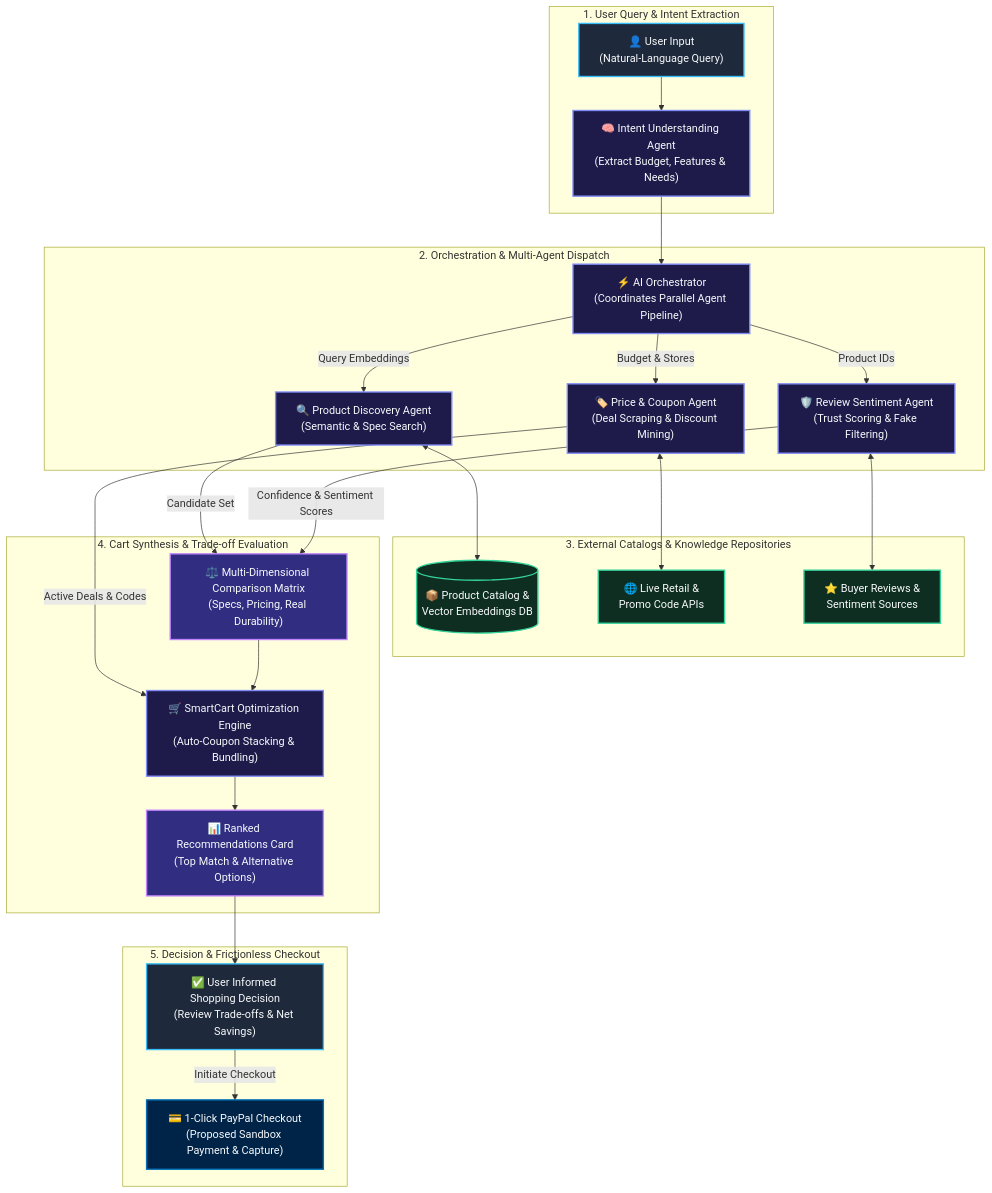
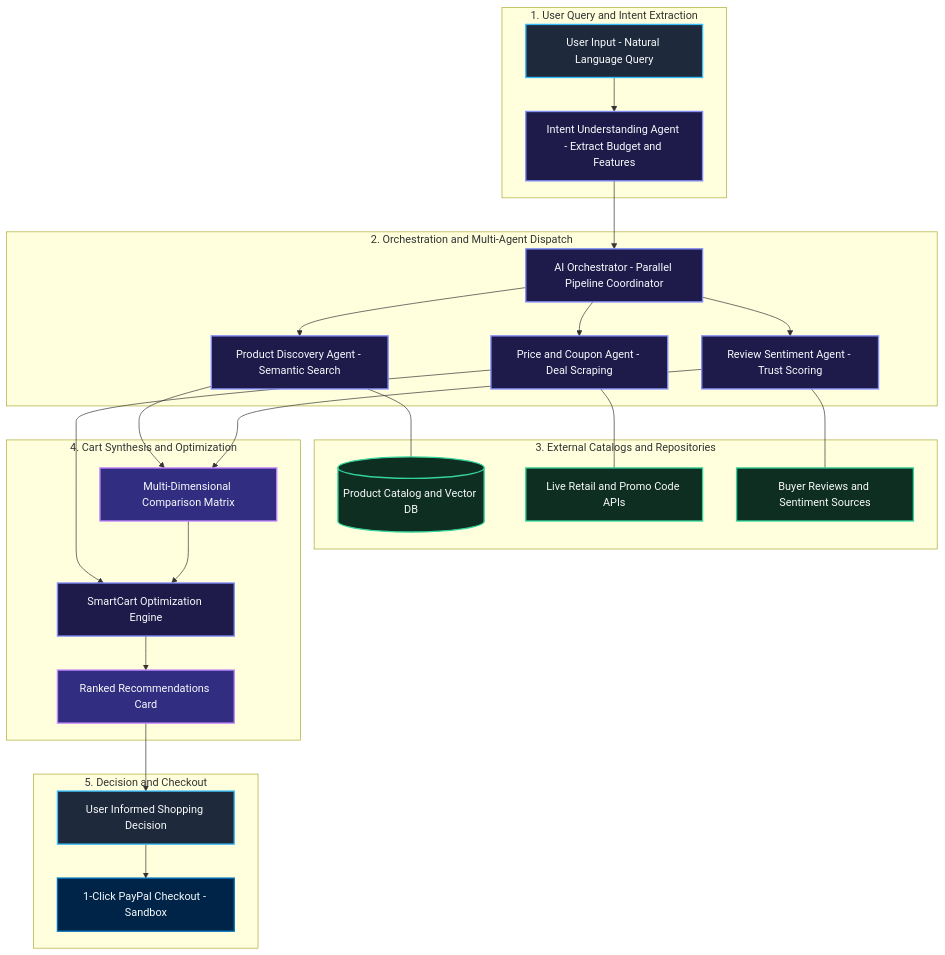
One commit to varshahikity/paypal-ai-hackathon changed the first of 3 diagrams in README.md. Above: the diagram before and after it, drawn with Mermaid. The commit also changed other lines of this file, not shown here.

Commit message:
Fix Mermaid diagram syntax for GitHub strict parser compatibility

````diff
--- a/README.md
+++ b/README.md
@@ -94,56 +94,56 @@
 ```mermaid
 flowchart TD
-    classDef userStyle fill:#1e293b,stroke:#38bdf8,stroke-width:2px,color:#f8fafc;
-    classDef agentStyle fill:#1e1b4b,stroke:#818cf8,stroke-width:2px,color:#f8fafc;
-    classDef externalStyle fill:#0f2e22,stroke:#34d399,stroke-width:2px,color:#f8fafc;
-    classDef decisionStyle fill:#312e81,stroke:#c084fc,stroke-width:2px,color:#f8fafc;
-    classDef paypalStyle fill:#002447,stroke:#0070ba,stroke-width:2px,color:#f8fafc;
+    classDef userStyle fill:#1e293b,stroke:#38bdf8,stroke-width:2px,color:#f8fafc
+    classDef agentStyle fill:#1e1b4b,stroke:#818cf8,stroke-width:2px,color:#f8fafc
+    classDef externalStyle fill:#0f2e22,stroke:#34d399,stroke-width:2px,color:#f8fafc
+    classDef decisionStyle fill:#312e81,stroke:#c084fc,stroke-width:2px,color:#f8fafc
+    classDef paypalStyle fill:#002447,stroke:#0070ba,stroke-width:2px,color:#f8fafc
 
-    subgraph Phase1["1. User Query &amp; Intent Extraction"]
-        A["👤 User Input<br/>(Natural-Language Query)"]:::userStyle
-        B["🧠 Intent Understanding Agent<br/>(Extract Budget, Features &amp; Needs)"]:::agentStyle
+    subgraph Phase1["1. User Query and Intent Extraction"]
+        A["User Input - Natural Language Query"]:::userStyle
+        B["Intent Understanding Agent - Extract Budget and Features"]:::agentStyle
     end
 
-    subgraph Phase2["2. Orchestration &amp; Multi-Agent Dispatch"]
-        C["⚡ AI Orchestrator<br/>(Coordinates Parallel Agent Pipeline)"]:::agentStyle
-        D1["🔍 Product Discovery Agent<br/>(Semantic &amp; Spec Search)"]:::agentStyle
-        D2["🏷️ Price &amp; Coupon Agent<br/>(Deal Scraping &amp; Discount Mining)"]:::agentStyle
-        D3["🛡️ Review Sentiment Agent<br/>(Trust Scoring &amp; Fake Filtering)"]:::agentStyle
+    subgraph Phase2["2. Orchestration and Multi-Agent Dispatch"]
+        C["AI Orchestrator - Parallel Pipeline Coordinator"]:::agentStyle
+        D1["Product Discovery Agent - Semantic Search"]:::agentStyle
+        D2["Price and Coupon Agent - Deal Scraping"]:::agentStyle
+        D3["Review Sentiment Agent - Trust Scoring"]:::agentStyle
     end
 
-    subgraph Phase3["3. External Catalogs &amp; Knowledge Repositories"]
-        E1[("📦 Product Catalog &amp;<br/>Vector Embeddings DB")]:::externalStyle
-        E2["🌐 Live Retail &amp;<br/>Promo Code APIs"]:::externalStyle
-        E3["⭐ Buyer Reviews &amp;<br/>Sentiment Sources"]:::externalStyle
+    subgraph Phase3["3. External Catalogs and Repositories"]
+        E1[("Product Catalog and Vector DB")]:::externalStyle
+        E2["Live Retail and Promo Code APIs"]:::externalStyle
+        E3["Buyer Reviews and Sentiment Sources"]:::externalStyle
     end
 
-    subgraph Phase4["4. Cart Synthesis &amp; Trade-off Evaluation"]
-        F["⚖️ Multi-Dimensional Comparison Matrix<br/>(Specs, Pricing, Real Durability)"]:::decisionStyle
-        G["🛒 SmartCart Optimization Engine<br/>(Auto-Coupon Stacking &amp; Bundling)"]:::agentStyle
-        H["📊 Ranked Recommendations Card<br/>(Top Match &amp; Alternative Options)"]:::decisionStyle
+    subgraph Phase4["4. Cart Synthesis and Optimization"]
+        F["Multi-Dimensional Comparison Matrix"]:::decisionStyle
+        G["SmartCart Optimization Engine"]:::agentStyle
+        H["Ranked Recommendations Card"]:::decisionStyle
     end
 
-    subgraph Phase5["5. Decision &amp; Frictionless Checkout"]
-        I["✅ User Informed Shopping Decision<br/>(Review Trade-offs &amp; Net Savings)"]:::userStyle
-        J["💳 1-Click PayPal Checkout<br/>(Proposed Sandbox Payment &amp; Capture)"]:::paypalStyle
+    subgraph Phase5["5. Decision and Checkout"]
+        I["User Informed Shopping Decision"]:::userStyle
+        J["1-Click PayPal Checkout - Sandbox"]:::paypalStyle
     end
 
     A --> B
     B --> C
-    C -->|Query Embeddings| D1
-    C -->|Budget &amp; Stores| D2
-    C -->|Product IDs| D3
+    C --> D1
+    C --> D2
+    C --> D3
     
-    D1 <--> E1
-    D2 <--> E2
-    D3 <--> E3
+    D1 --- E1
+    D2 --- E2
+    D3 --- E3
 
-    D1 -->|Candidate Set| F
-    D2 -->|Active Deals &amp; Codes| G
-    D3 -->|Confidence &amp; Sentiment Scores| F
+    D1 --> F
+    D2 --> G
+    D3 --> F
 
     F --> G
     G --> H
     H --> I
-    I -->|Initiate Checkout| J
+    I --> J
 ```
````
